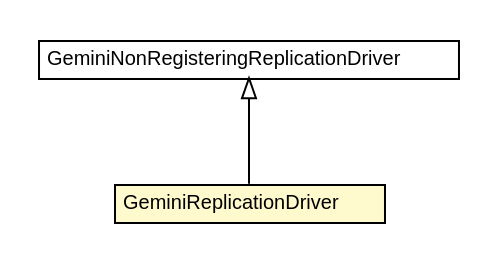
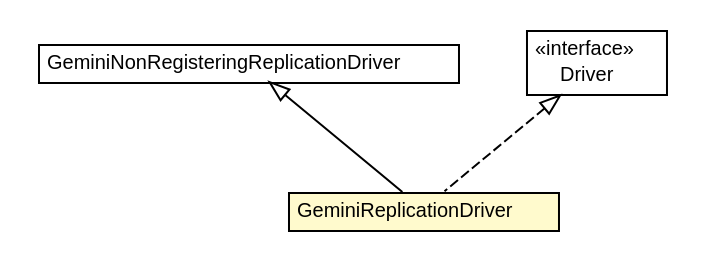
One commit to dayatang/dddlib changed the diagram in dddlib-datasource-router/apidocs/org/dayatang/mysql/jdbc/GeminiReplicationDriver.dot. Above: the diagram before and after it, drawn with Graphviz. The commit also changed 269 other files, not shown here.

```diff
--- a/dddlib-datasource-router/apidocs/org/dayatang/mysql/jdbc/GeminiReplicationDriver.dot
+++ b/dddlib-datasource-router/apidocs/org/dayatang/mysql/jdbc/GeminiReplicationDriver.dot
@@ -1,26 +1,35 @@
 #!/usr/local/bin/dot
 #
 # Class diagram 
 # Generated by UMLGraph version R5_6_6-8-g8d7759 (http://www.umlgraph.org/)
 #
 
 digraph G {
 	edge [fontname="Helvetica",fontsize=10,labelfontname="Helvetica",labelfontsize=10];
 	node [fontname="Helvetica",fontsize=10,shape=plaintext];
 	nodesep=0.25;
 	ranksep=0.5;
 	// org.dayatang.mysql.jdbc.GeminiReplicationDriver
-	c317 [label=<<table title="org.dayatang.mysql.jdbc.GeminiReplicationDriver" border="0" cellborder="1" cellspacing="0" cellpadding="2" port="p" bgcolor="lemonChiffon" href="./GeminiReplicationDriver.html">
+	c299 [label=<<table title="org.dayatang.mysql.jdbc.GeminiReplicationDriver" border="0" cellborder="1" cellspacing="0" cellpadding="2" port="p" bgcolor="lemonChiffon" href="./GeminiReplicationDriver.html">
 		<tr><td><table border="0" cellspacing="0" cellpadding="1">
 <tr><td align="center" balign="center"> GeminiReplicationDriver </td></tr>
 		</table></td></tr>
 		</table>>, URL="./GeminiReplicationDriver.html", fontname="Helvetica", fontcolor="black", fontsize=10.0];
 	// org.dayatang.mysql.jdbc.GeminiNonRegisteringReplicationDriver
-	c319 [label=<<table title="org.dayatang.mysql.jdbc.GeminiNonRegisteringReplicationDriver" border="0" cellborder="1" cellspacing="0" cellpadding="2" port="p" href="./GeminiNonRegisteringReplicationDriver.html">
+	c301 [label=<<table title="org.dayatang.mysql.jdbc.GeminiNonRegisteringReplicationDriver" border="0" cellborder="1" cellspacing="0" cellpadding="2" port="p" href="./GeminiNonRegisteringReplicationDriver.html">
 		<tr><td><table border="0" cellspacing="0" cellpadding="1">
 <tr><td align="center" balign="center"> GeminiNonRegisteringReplicationDriver </td></tr>
 		</table></td></tr>
 		</table>>, URL="./GeminiNonRegisteringReplicationDriver.html", fontname="Helvetica", fontcolor="black", fontsize=10.0];
 	//org.dayatang.mysql.jdbc.GeminiReplicationDriver extends org.dayatang.mysql.jdbc.GeminiNonRegisteringReplicationDriver
-	c319:p -> c317:p [dir=back,arrowtail=empty];
+	c301:p -> c299:p [dir=back,arrowtail=empty];
+	//org.dayatang.mysql.jdbc.GeminiReplicationDriver implements java.sql.Driver
+	c302:p -> c299:p [dir=back,arrowtail=empty,style=dashed];
+	// java.sql.Driver
+	c302 [label=<<table title="java.sql.Driver" border="0" cellborder="1" cellspacing="0" cellpadding="2" port="p" href="http://download.oracle.com/javase/7/docs/api/java/sql/Driver.html">
+		<tr><td><table border="0" cellspacing="0" cellpadding="1">
+<tr><td align="center" balign="center"> &#171;interface&#187; </td></tr>
+<tr><td align="center" balign="center"> Driver </td></tr>
+		</table></td></tr>
+		</table>>, URL="http://download.oracle.com/javase/7/docs/api/java/sql/Driver.html", fontname="Helvetica", fontcolor="black", fontsize=10.0];
 }
```
